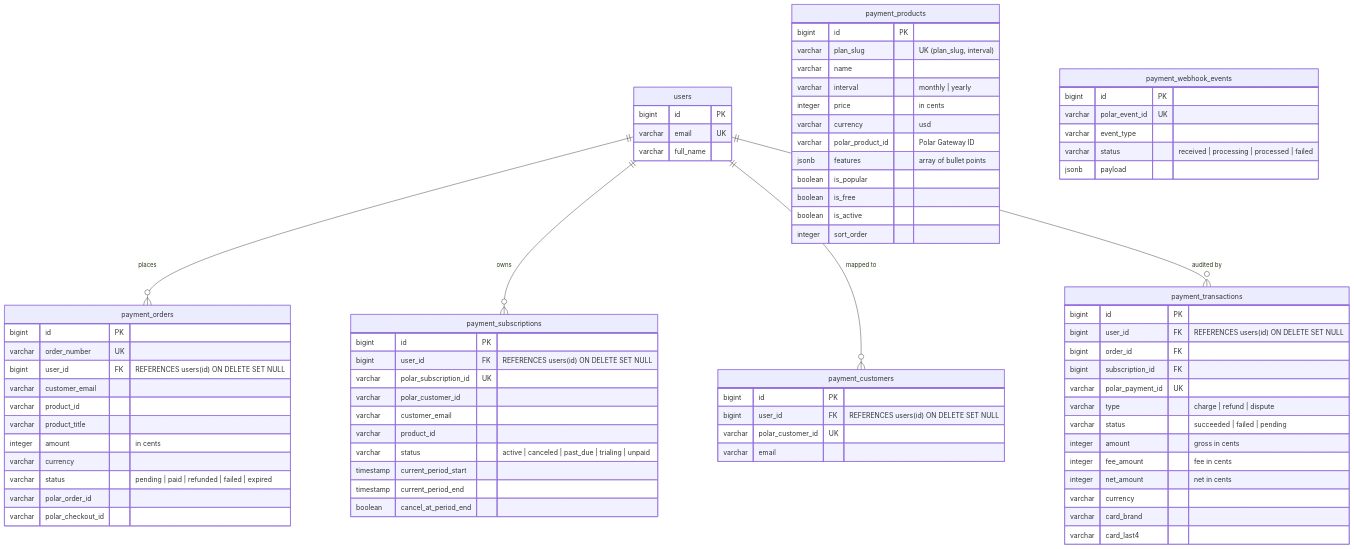
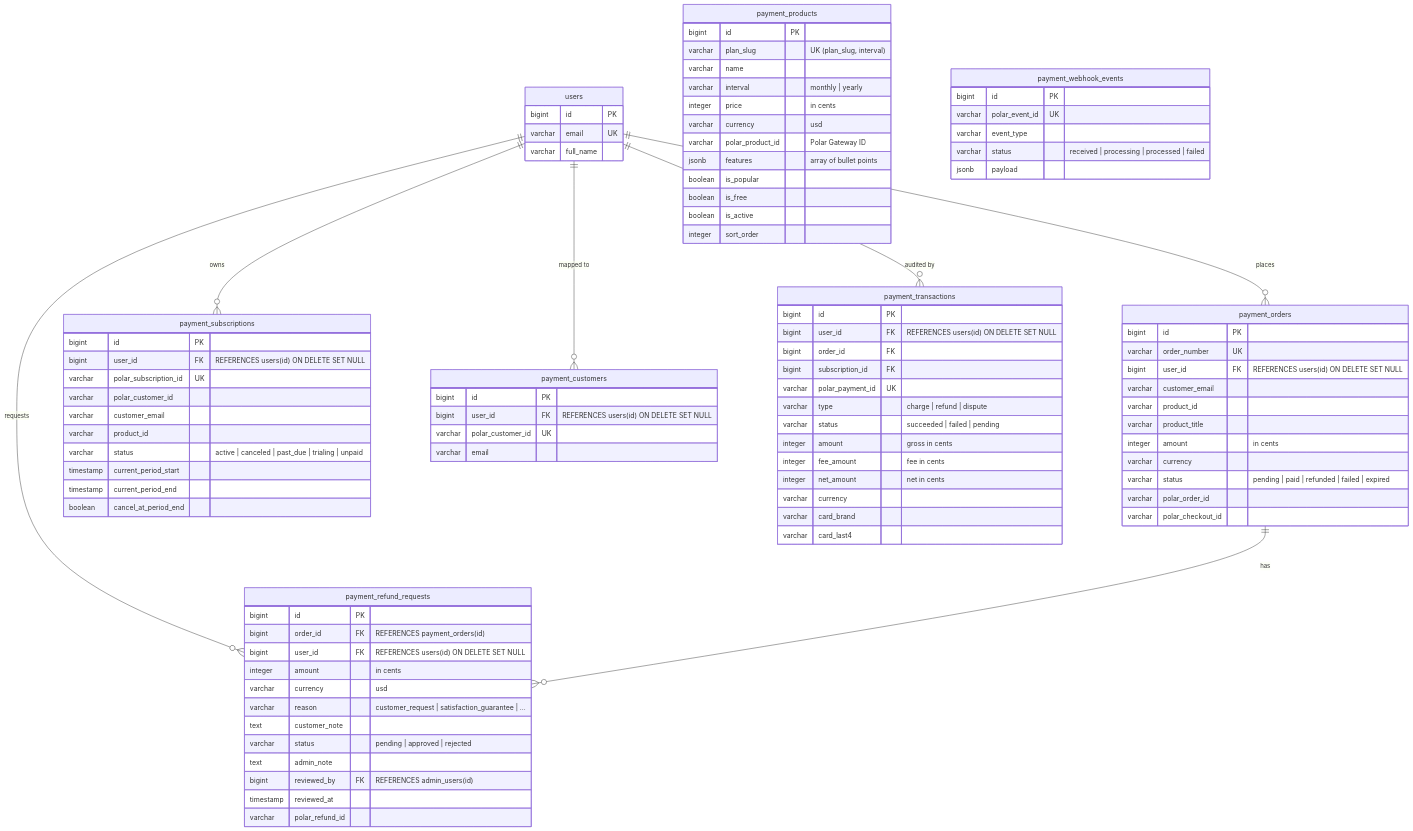
Before and after one commit to crodic/turborepo: the second of 6 diagrams in docs/payments.md, drawn with Mermaid. The commit also changed other lines of this file and 33 other files, not shown here.

Commit message:
feat: add refund request management and direct refund functionality

```diff
--- a/docs/payments.md
+++ b/docs/payments.md
@@ -95,6 +95,8 @@
     users ||--o{ payment_subscriptions : "owns"
     users ||--o{ payment_customers : "mapped to"
     users ||--o{ payment_transactions : "audited by"
+    users ||--o{ payment_refund_requests : "requests"
+    payment_orders ||--o{ payment_refund_requests : "has"
 
     payment_products {
         bigint id PK
@@ -167,6 +169,21 @@
         varchar card_last4
     }
 
+    payment_refund_requests {
+        bigint id PK
+        bigint order_id FK "REFERENCES payment_orders(id)"
+        bigint user_id FK "REFERENCES users(id) ON DELETE SET NULL"
+        integer amount "in cents"
+        varchar currency "usd"
+        varchar reason "customer_request | satisfaction_guarantee | ..."
+        text customer_note
+        varchar status "pending | approved | rejected"
+        text admin_note
+        bigint reviewed_by FK "REFERENCES admin_users(id)"
+        timestamp reviewed_at
+        varchar polar_refund_id
+    }
+
     payment_webhook_events {
         bigint id PK
         varchar polar_event_id UK
```
